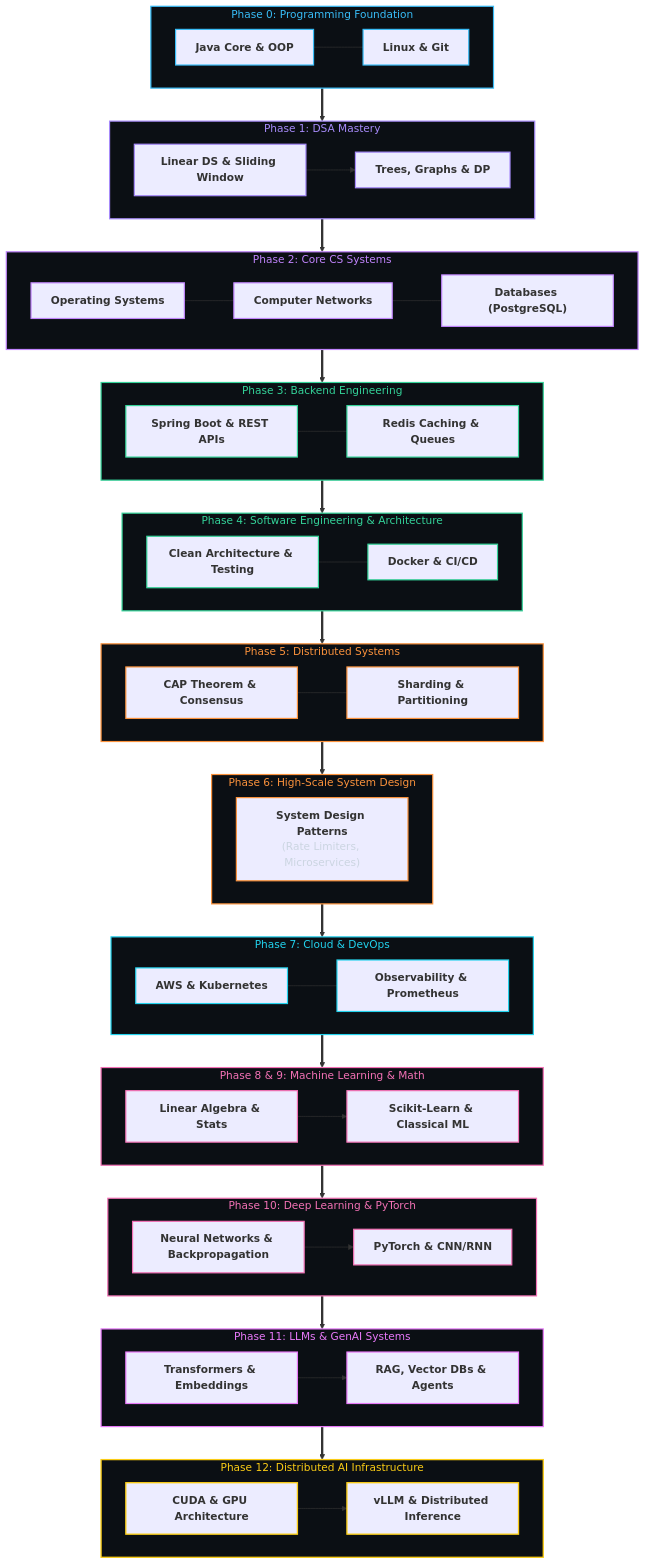
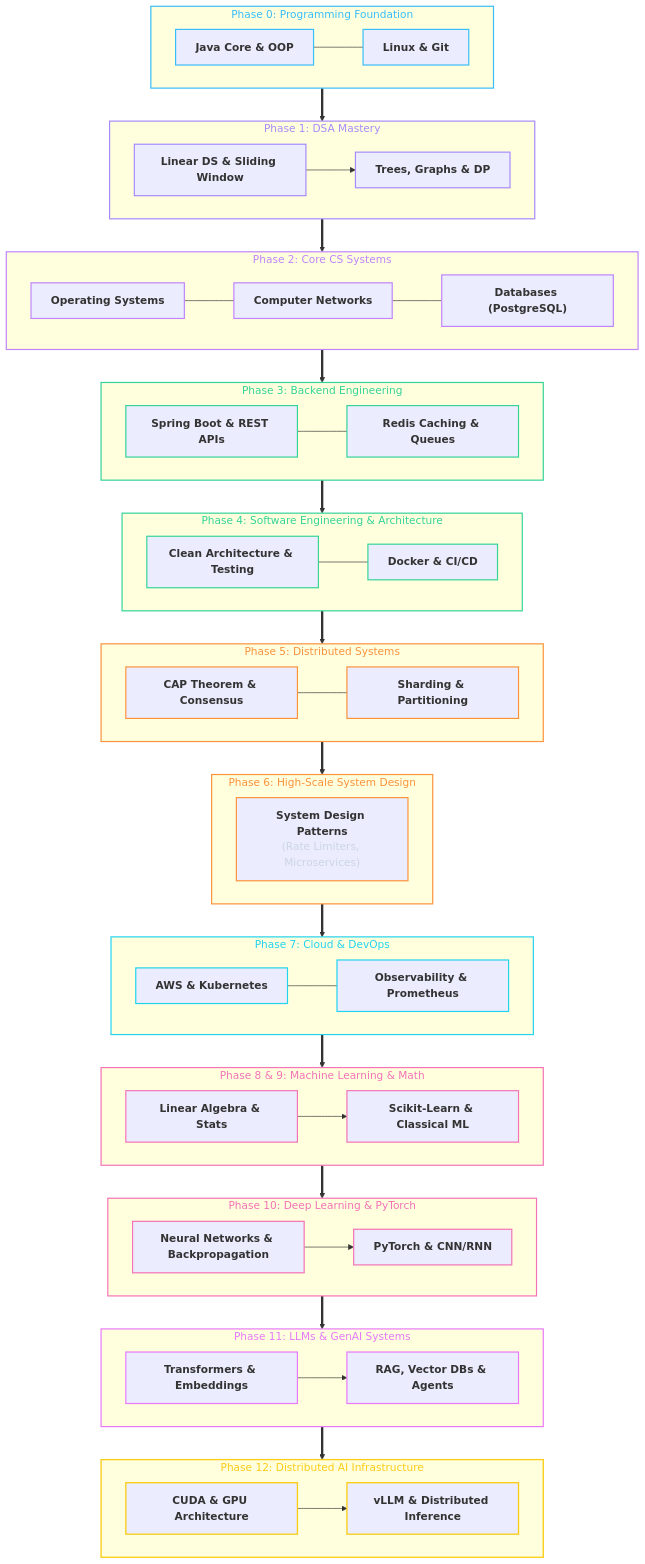
Before and after one commit to abhinavbharti2345/CS_Notes: the diagram in BrainOS/01 - Roadmap/CS Engineering Roadmap.md, drawn with Mermaid. The commit also changed 26 other files, not shown here.

Commit message:
feat: initialize BrainOS knowledge base with foundational curriculum and roadmap notes

```diff
--- a/BrainOS/01 - Roadmap/CS Engineering Roadmap.md
+++ b/BrainOS/01 - Roadmap/CS Engineering Roadmap.md
@@ -83,18 +83,18 @@
     P0 ==> P1 ==> P2 ==> P3 ==> P4 ==> P5 ==> P6 ==> P7
     P7 ==> P8 ==> P10 ==> P11 ==> P12
 
-    style P0 fill:#0B0F14,stroke:#38BDF8,stroke-width:1.8px,color:#38BDF8
-    style P1 fill:#0B0F14,stroke:#A78BFA,stroke-width:1.8px,color:#A78BFA
-    style P2 fill:#0B0F14,stroke:#C084FC,stroke-width:1.8px,color:#C084FC
-    style P3 fill:#0B0F14,stroke:#34D399,stroke-width:1.8px,color:#34D399
-    style P4 fill:#0B0F14,stroke:#34D399,stroke-width:1.8px,color:#34D399
-    style P5 fill:#0B0F14,stroke:#FB923C,stroke-width:1.8px,color:#FB923C
-    style P6 fill:#0B0F14,stroke:#FB923C,stroke-width:1.8px,color:#FB923C
-    style P7 fill:#0B0F14,stroke:#22D3EE,stroke-width:1.8px,color:#22D3EE
-    style P8 fill:#0B0F14,stroke:#F472B6,stroke-width:1.8px,color:#F472B6
-    style P10 fill:#0B0F14,stroke:#F472B6,stroke-width:1.8px,color:#F472B6
-    style P11 fill:#0B0F14,stroke:#E879F9,stroke-width:1.8px,color:#E879F9
-    style P12 fill:#0B0F14,stroke:#FACC15,stroke-width:2px,color:#FACC15
+    style P0 stroke:#38BDF8,stroke-width:1.8px,color:#38BDF8
+    style P1 stroke:#A78BFA,stroke-width:1.8px,color:#A78BFA
+    style P2 stroke:#C084FC,stroke-width:1.8px,color:#C084FC
+    style P3 stroke:#34D399,stroke-width:1.8px,color:#34D399
+    style P4 stroke:#34D399,stroke-width:1.8px,color:#34D399
+    style P5 stroke:#FB923C,stroke-width:1.8px,color:#FB923C
+    style P6 stroke:#FB923C,stroke-width:1.8px,color:#FB923C
+    style P7 stroke:#22D3EE,stroke-width:1.8px,color:#22D3EE
+    style P8 stroke:#F472B6,stroke-width:1.8px,color:#F472B6
+    style P10 stroke:#F472B6,stroke-width:1.8px,color:#F472B6
+    style P11 stroke:#E879F9,stroke-width:1.8px,color:#E879F9
+    style P12 stroke:#FACC15,stroke-width:2px,color:#FACC15
 
     classDef fndNode stroke:#38BDF8,stroke-width:1.8px;
     classDef dsaNode stroke:#A78BFA,stroke-width:1.8px;
```
